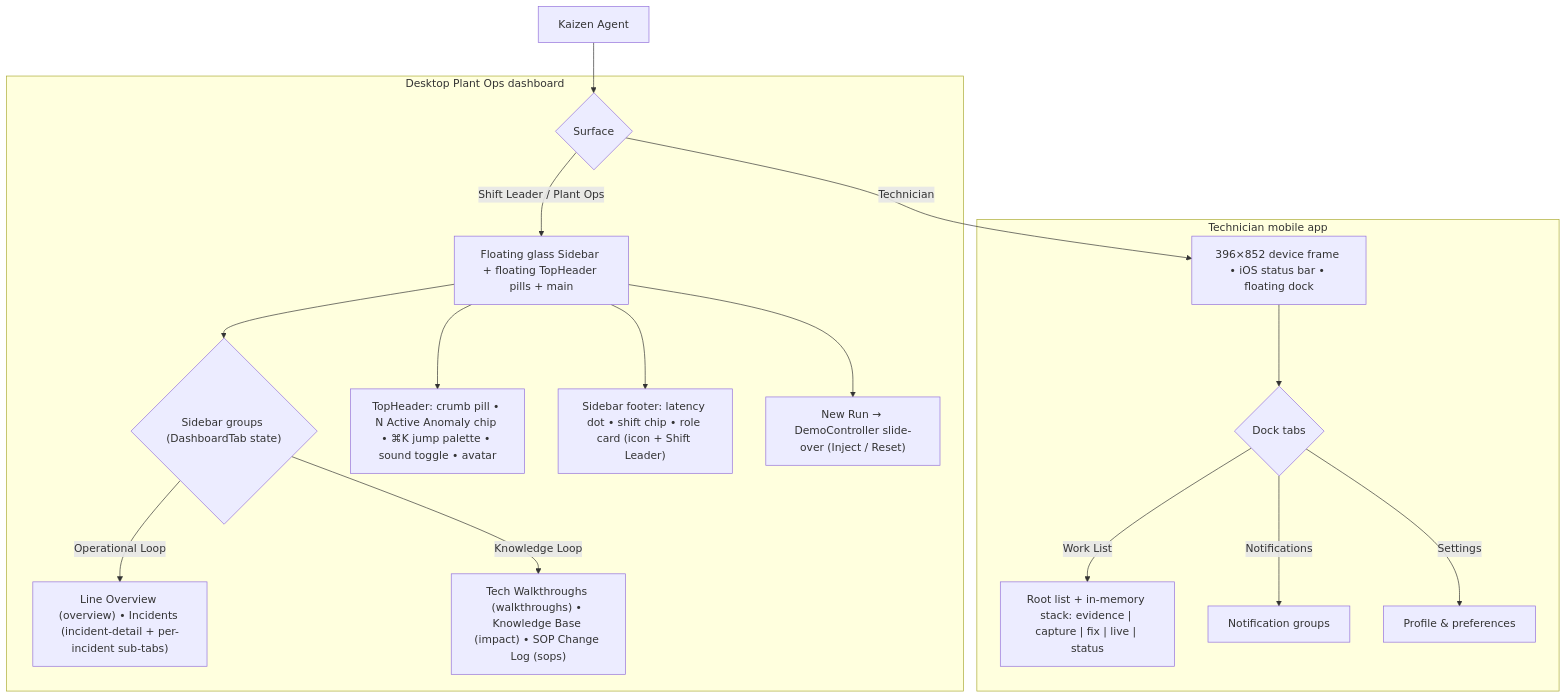
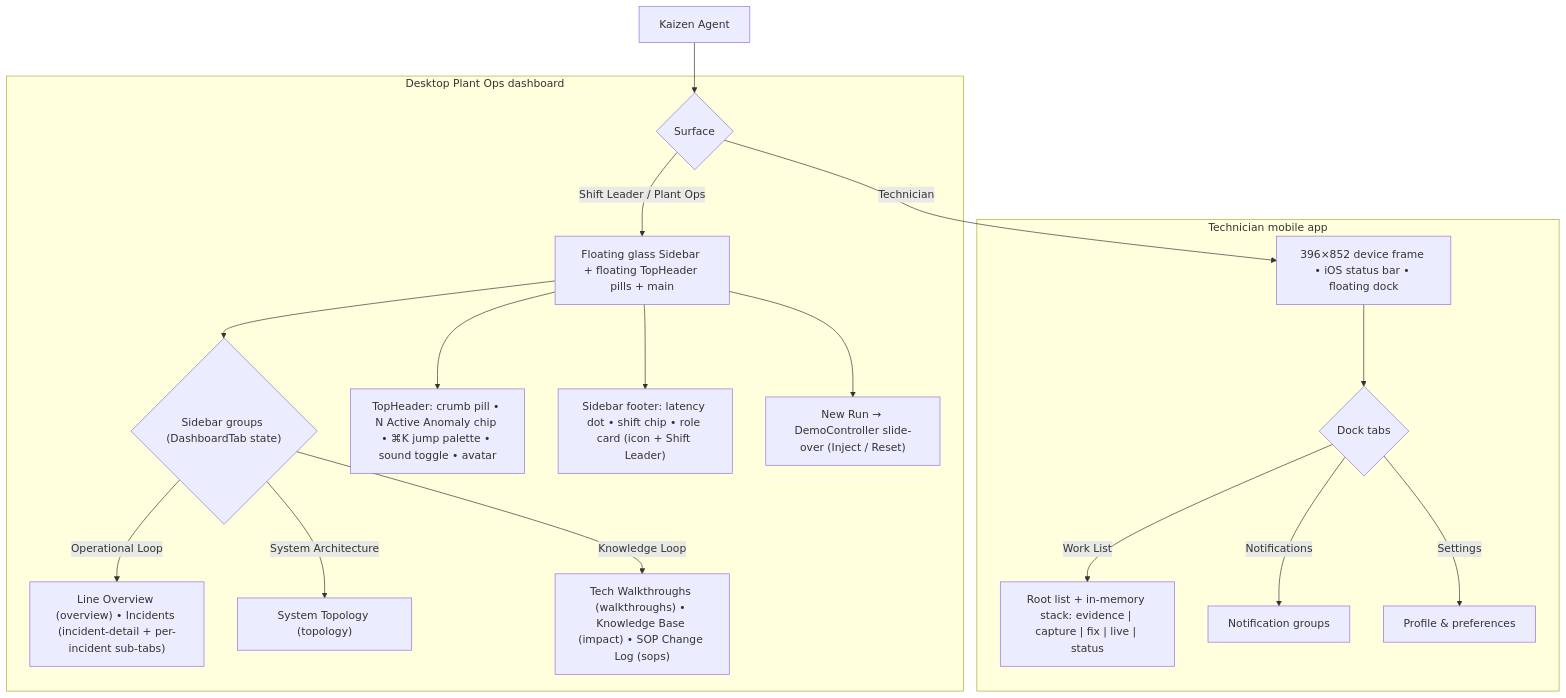
One commit to vanduc2514/hackathon-builder-cup-manufacturing-anomaly changed the diagram in docs/wireframes/00_base_layout.md. Above: the diagram before and after it, drawn with Mermaid. The commit also changed other lines of this file and 3 other files, not shown here.

First line of the commit message:
feat(design): separate architecture nav and add deep component visual interactivity (#211)

````diff
--- a/docs/wireframes/00_base_layout.md
+++ b/docs/wireframes/00_base_layout.md
@@ -20,22 +20,23 @@
 ```mermaid
 flowchart TD
     A["Kaizen Agent"] --> B{"Surface"}
 
     subgraph Desktop ["Desktop Plant Ops dashboard"]
         B -->|"Shift Leader / Plant Ops"| C["Floating glass Sidebar + floating TopHeader pills + main"]
         C --> D{"Sidebar groups (DashboardTab state)"}
         D -->|"Operational Loop"| D1["Line Overview (overview) • Incidents (incident-detail + per-incident sub-tabs)"]
+        D -->|"System Architecture"| D3["System Topology (topology)"]
         D -->|"Knowledge Loop"| D2["Tech Walkthroughs (walkthroughs) • Knowledge Base (impact) • SOP Change Log (sops)"]
         C --> E["TopHeader: crumb pill • N Active Anomaly chip • ⌘K jump palette • sound toggle • avatar"]
         C --> F["Sidebar footer: latency dot • shift chip • role card (icon + Shift Leader)"]
         C --> G["New Run → DemoController slide-over (Inject / Reset)"]
     end
 
     subgraph Mobile ["Technician mobile app"]
         B -->|"Technician"| H["396×852 device frame • iOS status bar • floating dock"]
         H --> I{"Dock tabs"}
         I -->|"Work List"| I1["Root list + in-memory stack: evidence | capture | fix | live | status"]
         I -->|"Notifications"| I2["Notification groups"]
         I -->|"Settings"| I3["Profile & preferences"]
     end
 ```
````
